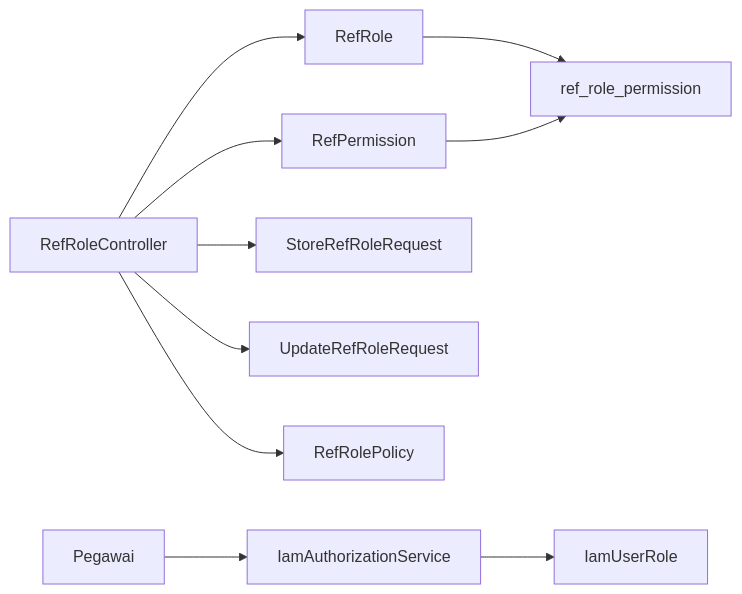
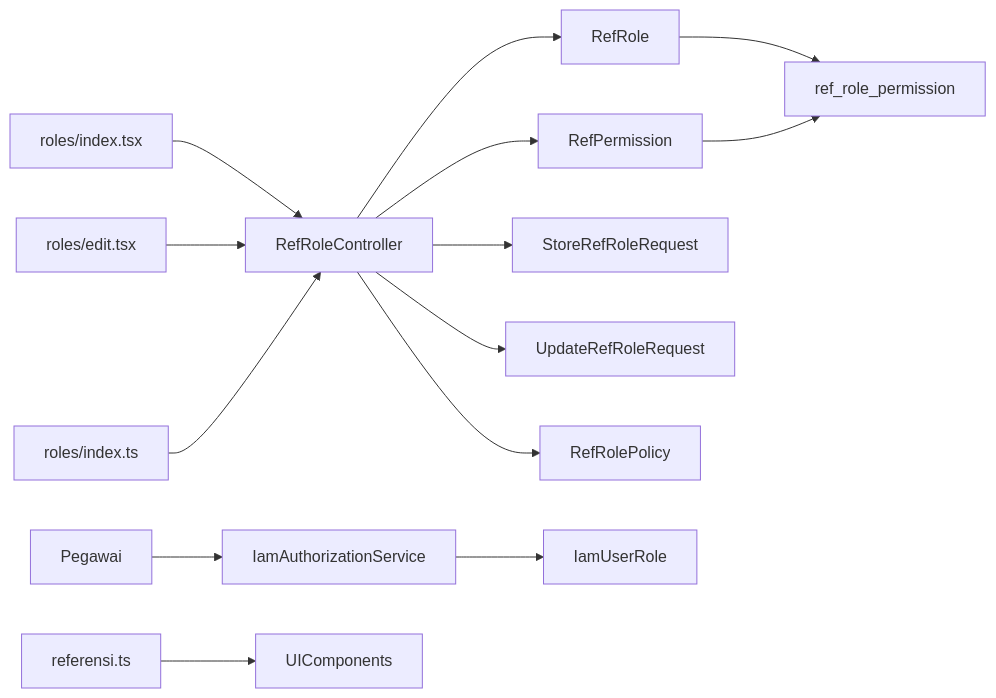
The tenth of 10 diagrams in .qoder/repowiki/en/content/Reference Data Management/Role and Permission Reference Data.md (PA-Penajam/kepegawaian_apps), drawn with Mermaid before and after one commit. The commit also changed other lines of this file and 13 other files, not shown here.

````diff
--- a/.qoder/repowiki/en/content/Reference Data Management/Role and Permission Reference Data.md
+++ b/.qoder/repowiki/en/content/Reference Data Management/Role and Permission Reference Data.md
@@ -351,12 +493,16 @@
 ```mermaid
 graph LR
 Controller["RefRoleController"] --> ModelRR["RefRole"]
 Controller --> ModelRP["RefPermission"]
 Controller --> RequestS["StoreRefRoleRequest"]
 Controller --> RequestU["UpdateRefRoleRequest"]
 Controller --> Policy["RefRolePolicy"]
 ModelRR --> PivotRRP["ref_role_permission"]
 ModelRP --> PivotRRP
 Service["IamAuthorizationService"] --> ModelUR["IamUserRole"]
 ModelPG["Pegawai"] --> Service
+UIIndex["roles/index.tsx"] --> Controller
+UIEdit["roles/edit.tsx"] --> Controller
+Routes["roles/index.ts"] --> Controller
+Types["referensi.ts"] --> UIComponents
 ```
````
